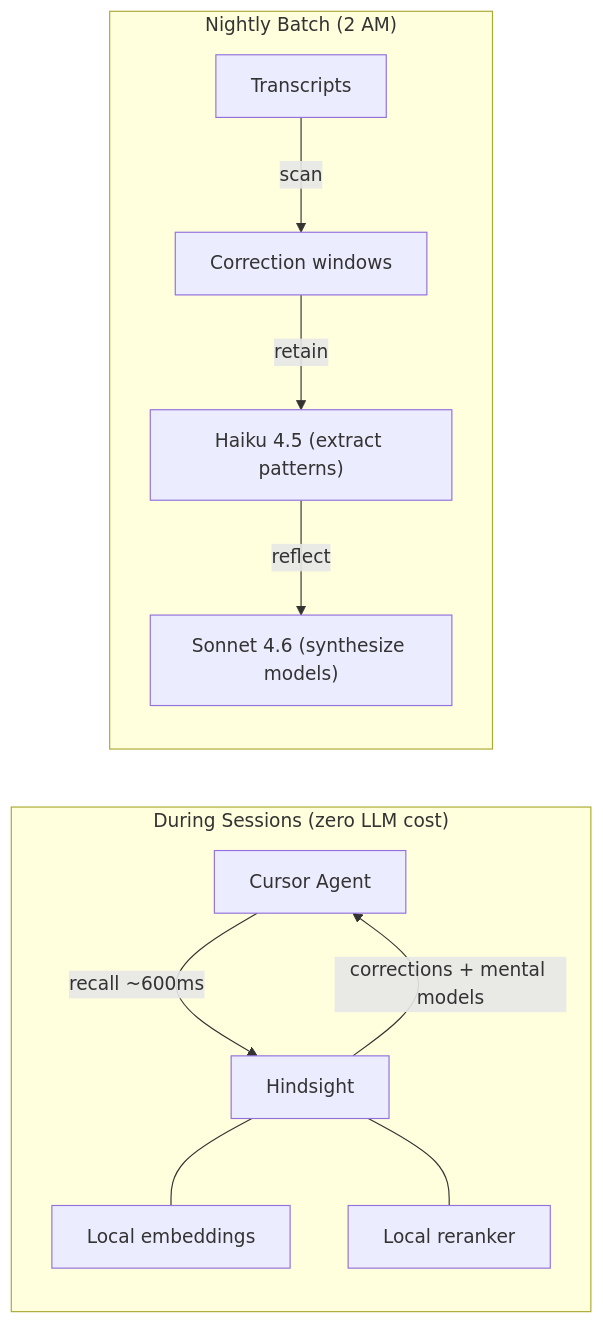
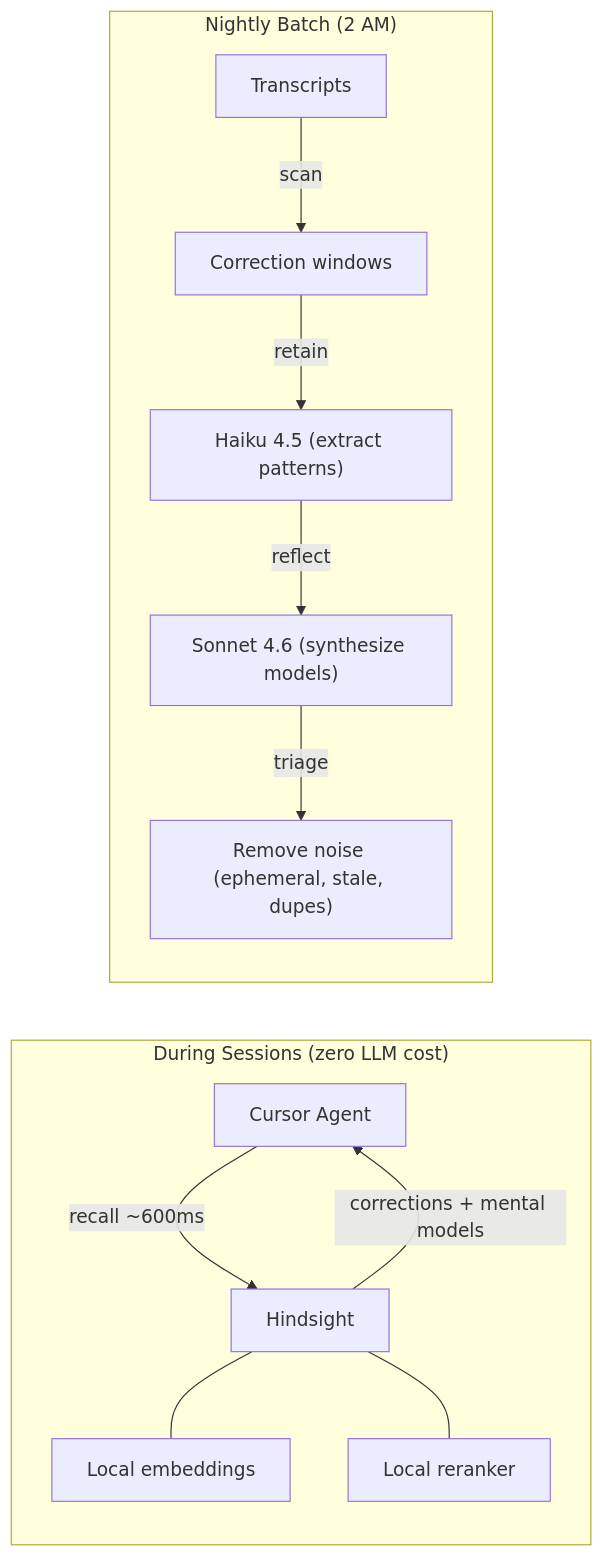
One commit to jordigilh/engram changed the first of 4 diagrams in docs/README.md. Above: the diagram before and after it, drawn with Mermaid. The commit also changed other lines of this file and 3 other files, not shown here.

````diff
--- a/docs/README.md
+++ b/docs/README.md
@@ -21,15 +21,16 @@
 ```mermaid
 flowchart LR
     subgraph session["During Sessions (zero LLM cost)"]
         A[Cursor Agent] -->|recall ~600ms| B[Hindsight]
         B -->|"corrections + mental models"| A
         B --- emb[Local embeddings]
         B --- rnk[Local reranker]
     end
 
     subgraph nightly["Nightly Batch (2 AM)"]
         C[Transcripts] -->|scan| D[Correction windows]
         D -->|retain| E["Haiku 4.5 (extract patterns)"]
         E -->|reflect| F["Sonnet 4.6 (synthesize models)"]
+        F -->|triage| G["Remove noise (ephemeral, stale, dupes)"]
     end
 ```
````
